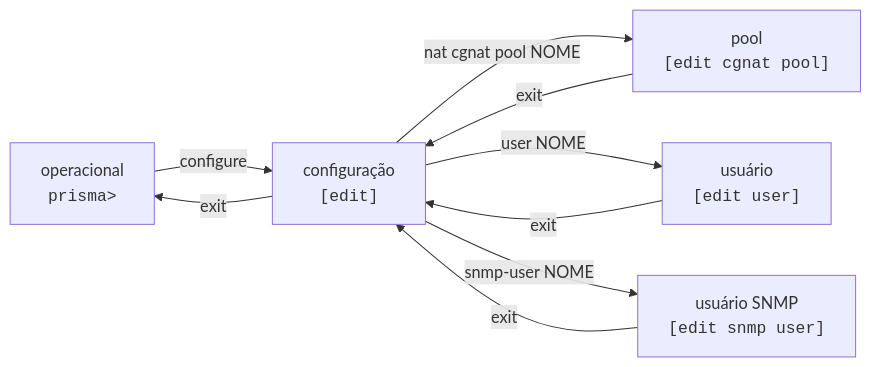
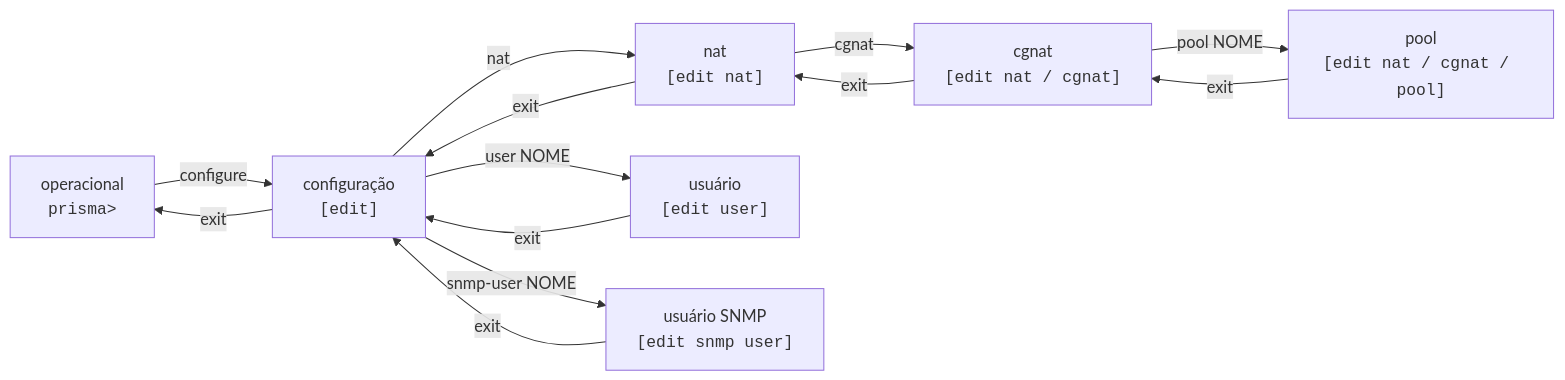
The diagram in wiki/referencia/vty-prismash-guia-de-uso/index.md (andrediashexa/prismarouting), drawn with Mermaid before and after one commit. The commit also changed other lines of this file and 68 other files, not shown here.

First line of the commit message:
prismash: all CGNAT configuration in the nat > cgnat levels (#446)

````diff
--- a/wiki/referencia/vty-prismash-guia-de-uso/index.md
+++ b/wiki/referencia/vty-prismash-guia-de-uso/index.md
@@ -5,11 +5,15 @@
 ```mermaid
 flowchart LR
     O["operacional<br/><code>prisma&gt;</code>"] -->|configure| G["configuração<br/><code>[edit]</code>"]
-    G -->|"nat cgnat pool NOME"| P["pool<br/><code>[edit cgnat pool]</code>"]
+    G -->|nat| N["nat<br/><code>[edit nat]</code>"]
+    N -->|cgnat| C["cgnat<br/><code>[edit nat / cgnat]</code>"]
+    C -->|"pool NOME"| P["pool<br/><code>[edit nat / cgnat / pool]</code>"]
     G -->|"user NOME"| U["usuário<br/><code>[edit user]</code>"]
     G -->|"snmp-user NOME"| SU["usuário SNMP<br/><code>[edit snmp user]</code>"]
-    P -->|exit| G
+    P -->|exit| C
+    C -->|exit| N
+    N -->|exit| G
     U -->|exit| G
     SU -->|exit| G
     G -->|exit| O
 ```
````
